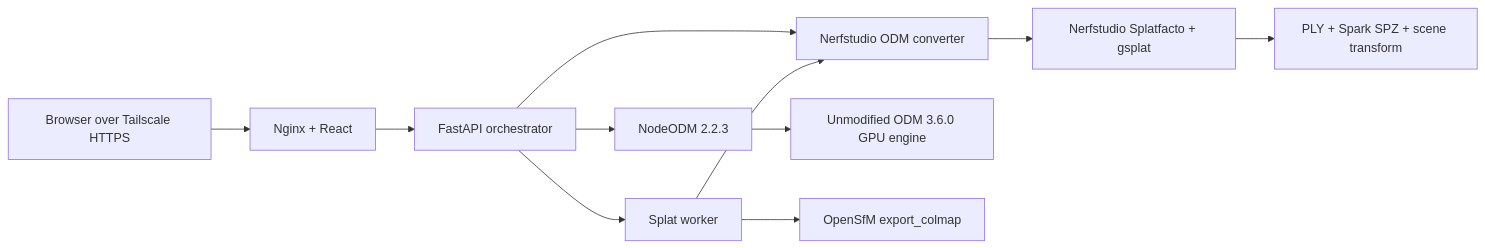
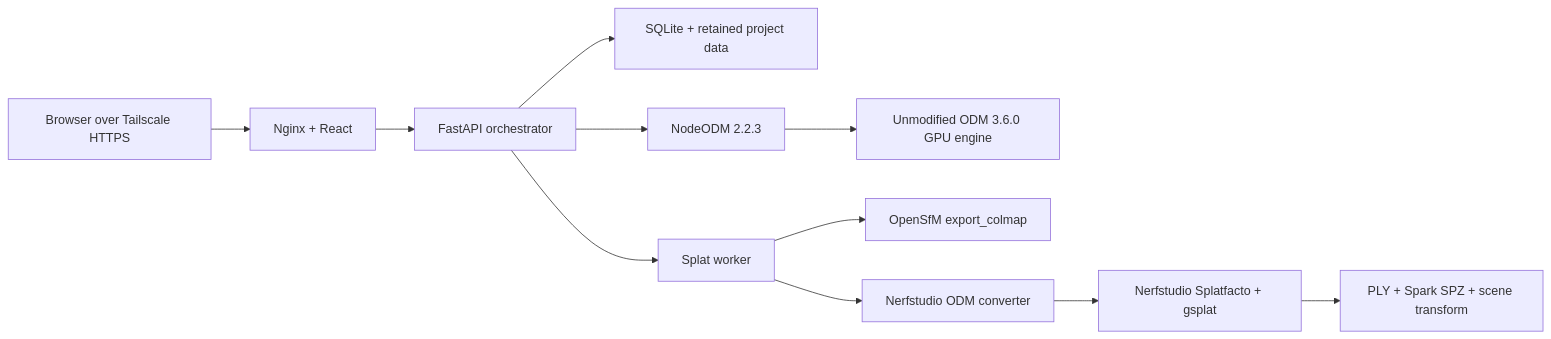
One commit to araysuter/3Ddrone changed the diagram in README.md. Above: the diagram before and after it, drawn with Mermaid. The commit also changed other lines of this file and 59 other files, not shown here.

````diff
--- a/README.md
+++ b/README.md
@@ -19,13 +20,13 @@
 ```mermaid
 flowchart LR
     B["Browser over Tailscale HTTPS"] --> N["Nginx + React"]
     N --> A["FastAPI orchestrator"]
-    A --> D["SQLite + retained project data"]
+    A --> R["SQLite + retained project data"]
     A --> O["NodeODM 2.2.3"]
     O --> M["Unmodified ODM 3.6.0 GPU engine"]
     A --> S["Splat worker"]
     S --> C["OpenSfM export_colmap"]
-    S --> D["Nerfstudio ODM converter"]
-    D --> G["Nerfstudio Splatfacto + gsplat"]
+    S --> V["Nerfstudio ODM converter"]
+    V --> G["Nerfstudio Splatfacto + gsplat"]
     G --> P["PLY + Spark SPZ + scene transform"]
 ```
````
